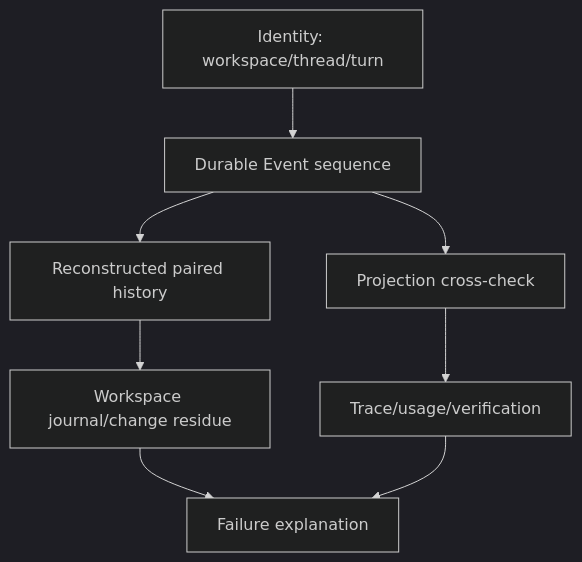
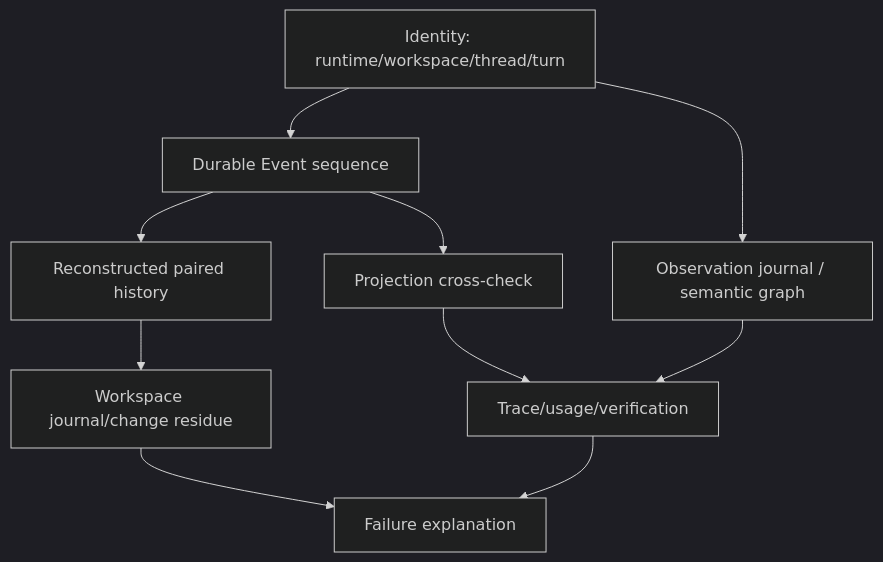
The diagram in docs/book/en/08-state-observability/06-reconstructing-failures.md (fwtllh-png/CodeHelper), drawn with Mermaid (dark theme) before and after one commit. The commit also changed other lines of this file and 314 other files, not shown here.

````diff
--- a/docs/book/en/08-state-observability/06-reconstructing-failures.md
+++ b/docs/book/en/08-state-observability/06-reconstructing-failures.md
@@ -38,10 +44,12 @@
 ```mermaid
 flowchart TD
-    I[Identity: workspace/thread/turn] --> E[Durable Event sequence]
+    I[Identity: runtime/workspace/thread/turn] --> E[Durable Event sequence]
     E --> H[Reconstructed paired history]
     E --> P[Projection cross-check]
     H --> J[Workspace journal/change residue]
     P --> T[Trace/usage/verification]
+    I --> O[Observation journal / semantic graph]
+    O --> T
     J --> R[Failure explanation]
     T --> R
 ```
````
